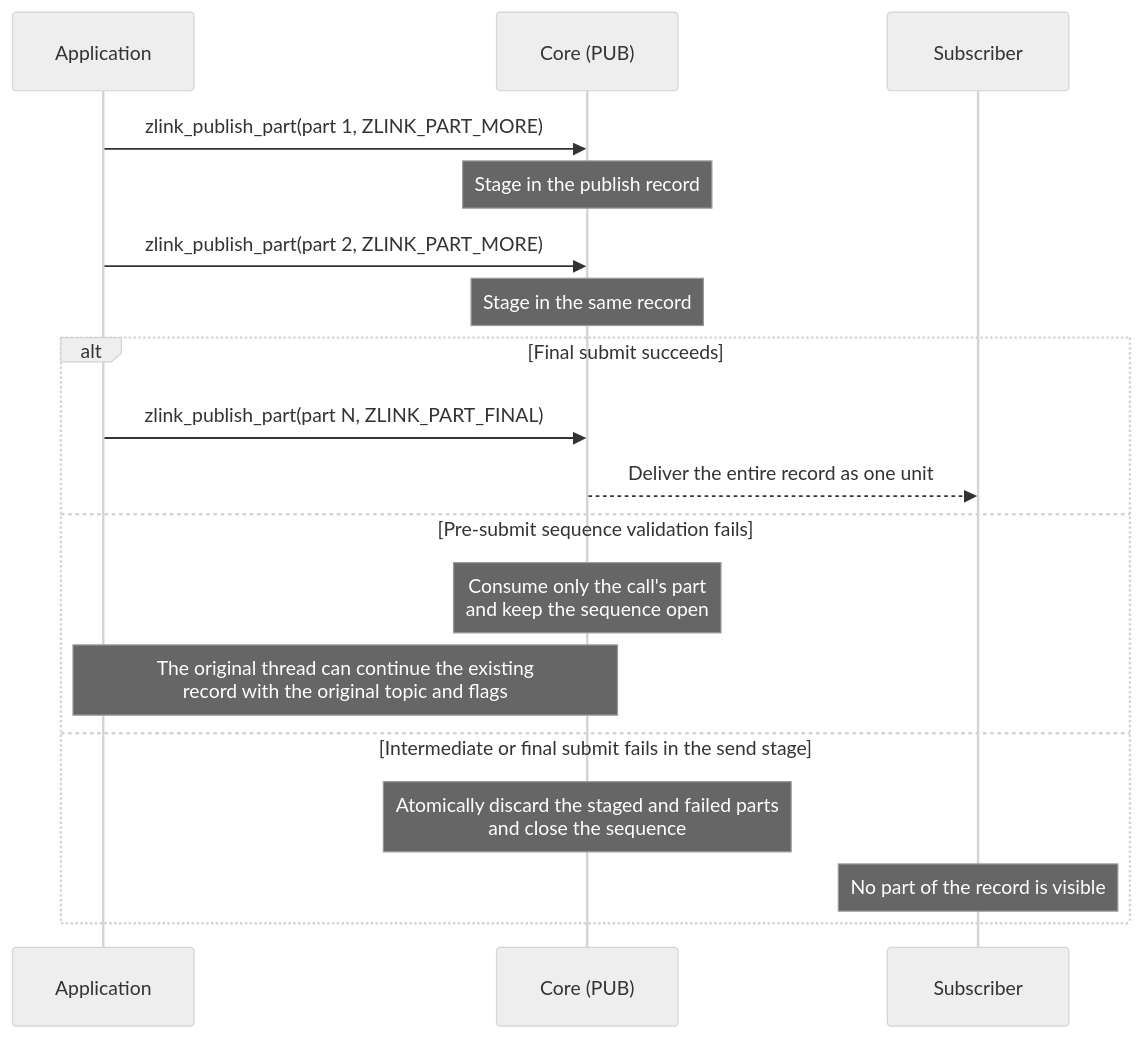
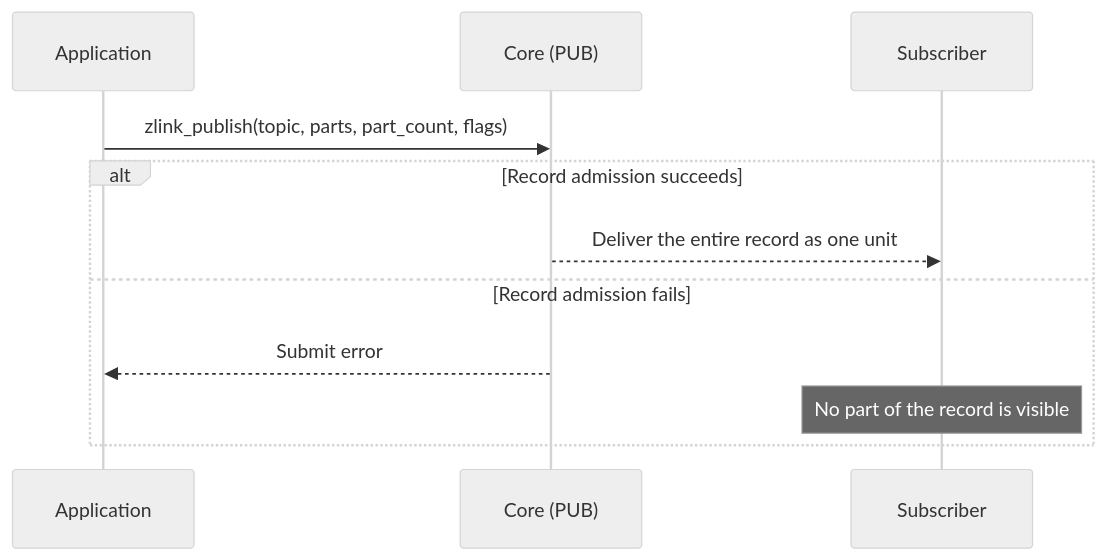
The diagram in core/doc/spec/core/socket/02-pub.en.md (zlink-systems/zlink), drawn with Mermaid (neutral theme) before and after one commit. The commit also changed other lines of this file and 34 other files, not shown here.

````diff
--- a/core/doc/spec/core/socket/02-pub.en.md
+++ b/core/doc/spec/core/socket/02-pub.en.md
@@ -85,20 +73,13 @@
 ```mermaid
 sequenceDiagram
     participant App as Application
     participant Core as Core (PUB)
     participant Sub as Subscriber
-    App->>Core: zlink_publish_part(part 1, ZLINK_PART_MORE)
-    Note over Core: Stage in the publish record
-    App->>Core: zlink_publish_part(part 2, ZLINK_PART_MORE)
-    Note over Core: Stage in the same record
-    alt Final submit succeeds
-        App->>Core: zlink_publish_part(part N, ZLINK_PART_FINAL)
+    App->>Core: zlink_publish(topic, parts, part_count, flags)
+    alt Record admission succeeds
         Core-->>Sub: Deliver the entire record as one unit
-    else Pre-submit sequence validation fails
-        Note over Core: Consume only the call's part<br/>and keep the sequence open
-        Note over App,Core: The original thread can continue the existing<br/>record with the original topic and flags
-    else Intermediate or final submit fails in the send stage
-        Note over Core: Atomically discard the staged and failed parts<br/>and close the sequence
+    else Record admission fails
+        Core-->>App: Submit error
         Note over Sub: No part of the record is visible
     end
 ```
````
